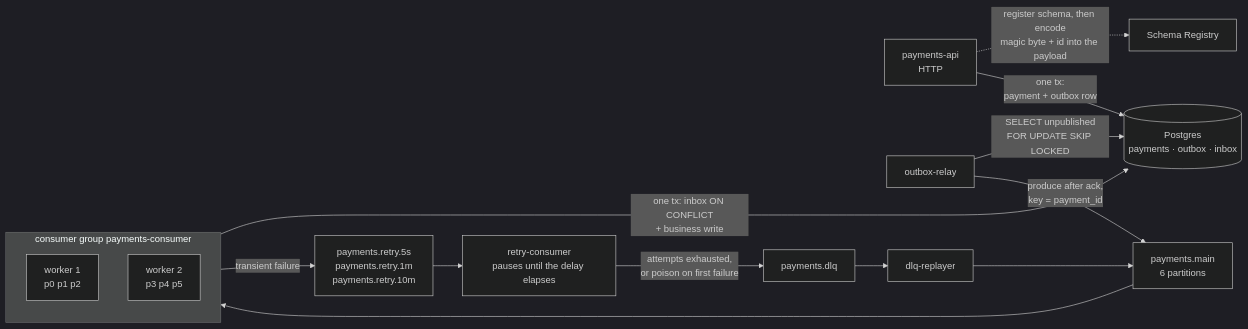
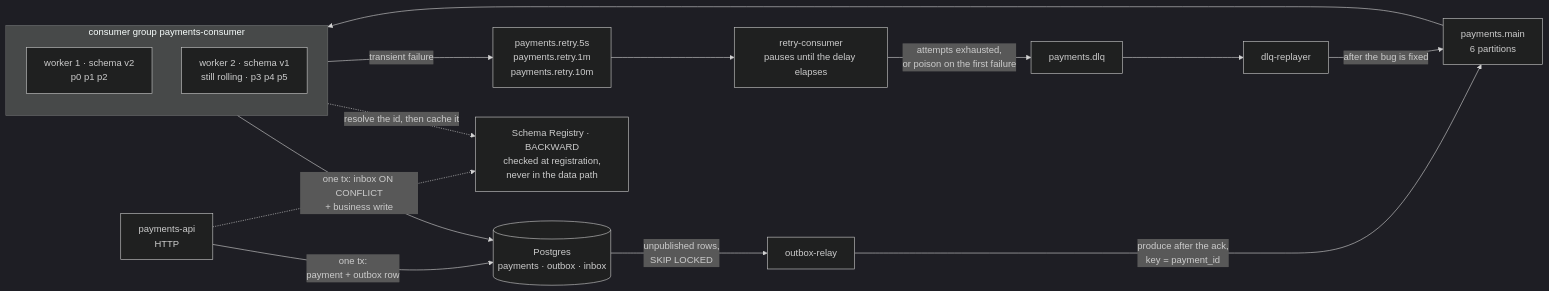
One commit to DmytroLysenko1/Kafka-lab changed the diagram in README.md. Above: the diagram before and after it, drawn with Mermaid (dark theme). The commit also changed other lines of this file and 10 other files, not shown here.

Commit message:
drew the boundary in every diagram instead of captioning it

````diff
--- a/README.md
+++ b/README.md
@@ -15,23 +15,24 @@
 ```mermaid
 flowchart LR
-    API["payments-api<br/>HTTP"] -.->|"register schema, then encode<br/>magic byte + id into the payload"| SR["Schema Registry"]
-    API -->|"one tx:<br/>payment + outbox row"| PG[("Postgres<br/>payments · outbox · inbox")]
-
-    REL["outbox-relay"] -->|"SELECT unpublished<br/>FOR UPDATE SKIP LOCKED"| PG
-    REL -->|"produce after ack,<br/>key = payment_id"| MAIN["payments.main<br/>6 partitions"]
-
+    API["payments-api<br/>HTTP"] -->|"one tx:<br/>payment + outbox row"| PG[("Postgres<br/>payments · outbox · inbox")]
+    PG -->|"unpublished rows,<br/>SKIP LOCKED"| REL["outbox-relay"]
+    REL -->|"produce after the ack,<br/>key = payment_id"| MAIN["payments.main<br/>6 partitions"]
     MAIN --> CG
 
     subgraph CG["consumer group payments-consumer"]
-        W1["worker 1<br/>p0 p1 p2"]
-        W2["worker 2<br/>p3 p4 p5"]
+        direction TB
+        W1["worker 1 · schema v2<br/>p0 p1 p2"]
+        W2["worker 2 · schema v1<br/>still rolling · p3 p4 p5"]
     end
 
+    CG -->|"transient failure"| RETRY["payments.retry.5s<br/>payments.retry.1m<br/>payments.retry.10m"]
+    RETRY --> RC["retry-consumer<br/>pauses until the delay elapses"]
+    RC -->|"attempts exhausted,<br/>or poison on the first failure"| DLQ["payments.dlq"]
+    DLQ --> RP["dlq-replayer"]
+    RP -->|"after the bug is fixed"| MAIN
     CG -->|"one tx: inbox ON CONFLICT<br/>+ business write"| PG
-    CG -->|"transient failure"| RETRY["payments.retry.5s<br/>payments.retry.1m<br/>payments.retry.10m"]
 
-    RETRY --> RC["retry-consumer<br/>pauses until the delay elapses"]
-    RC -->|"attempts exhausted,<br/>or poison on first failure"| DLQ["payments.dlq"]
-    DLQ --> RP["dlq-replayer"]
-    RP --> MAIN
+    SR["Schema Registry · BACKWARD<br/>checked at registration,<br/>never in the data path"]
+    API -.-> SR
+    CG -.->|"resolve the id, then cache it"| SR
 ```
````
